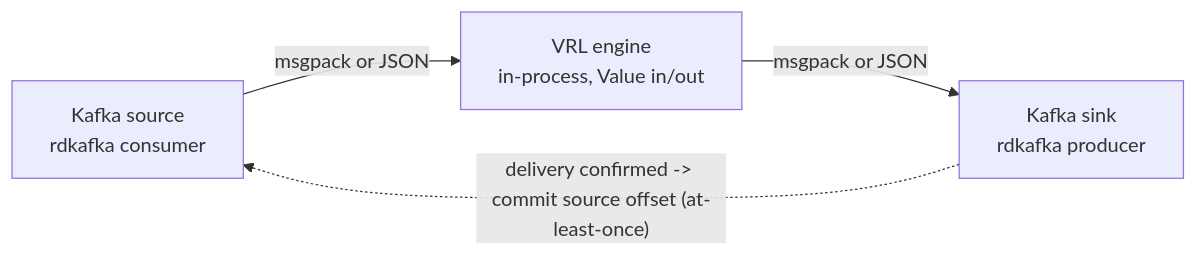
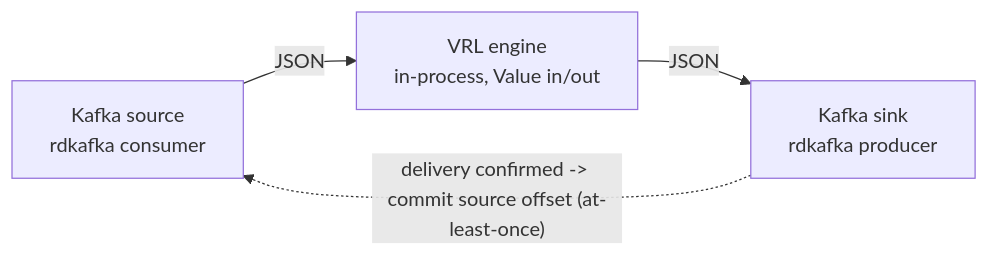
Before and after one commit to hyperi-io/dfe-transform-vrl: the diagram in README.md, drawn with Mermaid. The commit also changed other lines of this file and 32 other files, not shown here.

````diff
--- a/README.md
+++ b/README.md
@@ -188,6 +186,6 @@
 ```mermaid
 flowchart LR
-    SRC["Kafka source<br/>rdkafka consumer"] -->|"msgpack or JSON"| VRL["VRL engine<br/>in-process, Value in/out"]
-    VRL -->|"msgpack or JSON"| SINK["Kafka sink<br/>rdkafka producer"]
+    SRC["Kafka source<br/>rdkafka consumer"] -->|"JSON"| VRL["VRL engine<br/>in-process, Value in/out"]
+    VRL -->|"JSON"| SINK["Kafka sink<br/>rdkafka producer"]
     SINK -. "delivery confirmed -> commit source offset (at-least-once)" .-> SRC
 ```
````
